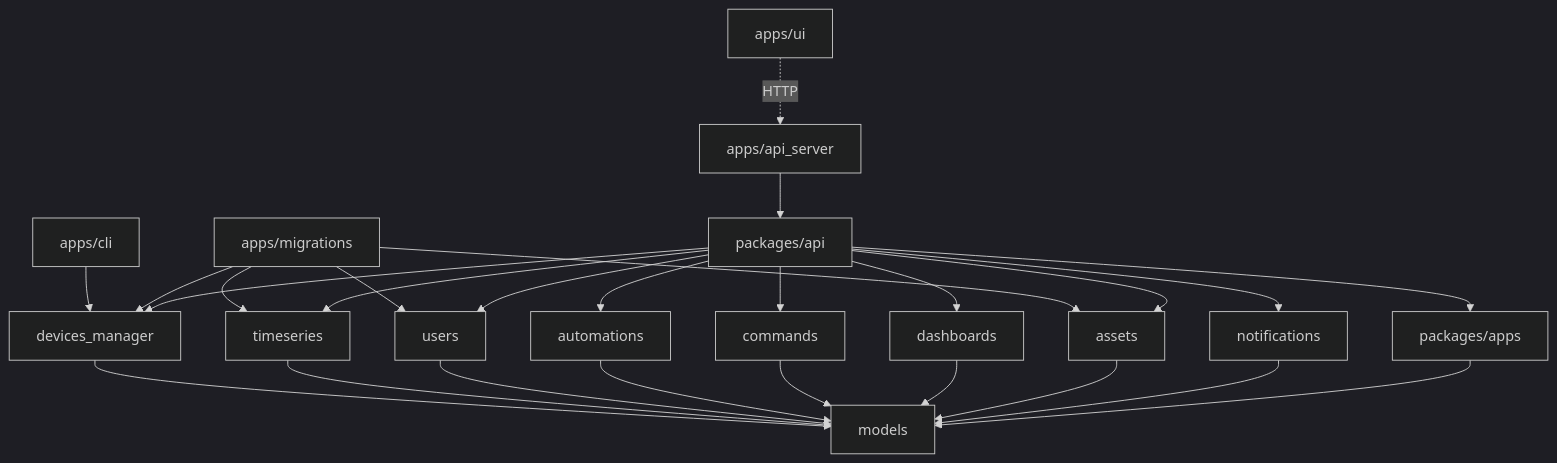
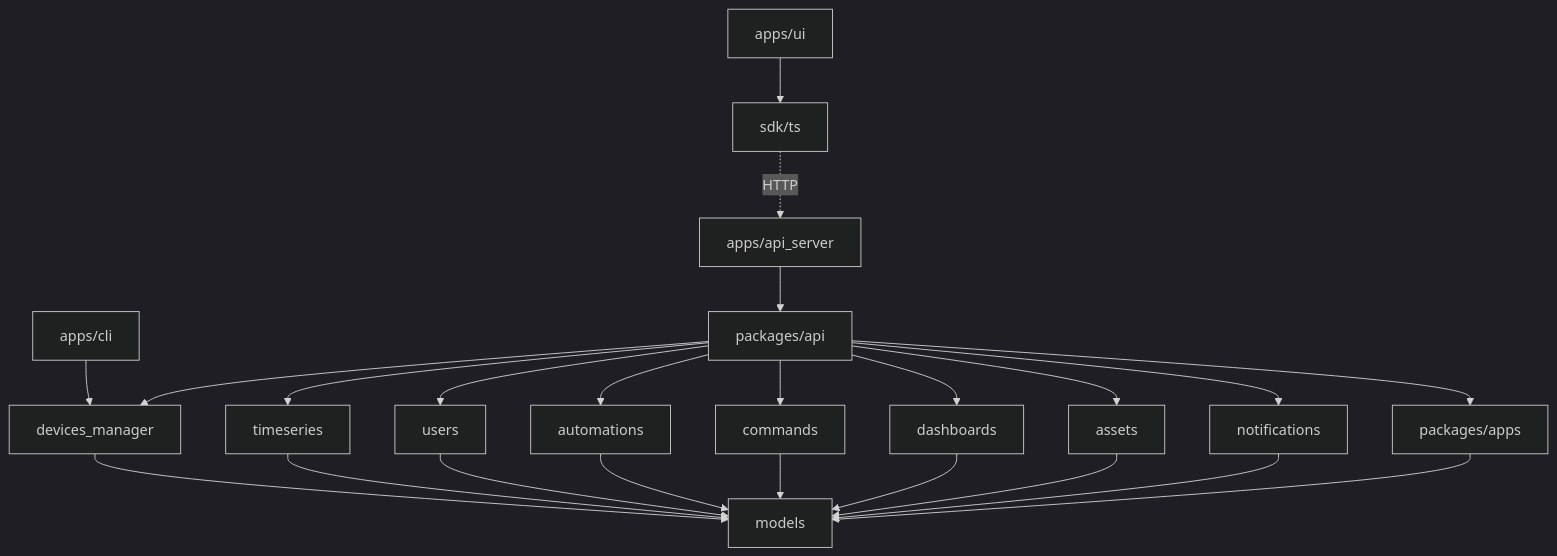
One commit to Agrid-Dev/gridone changed the diagram in CONTRIBUTING.md. Above: the diagram before and after it, drawn with Mermaid (dark theme). The commit also changed other lines of this file and 1 other file, not shown here.

````diff
--- a/CONTRIBUTING.md
+++ b/CONTRIBUTING.md
@@ -82,30 +100,27 @@
 ```mermaid
 graph TD
     api_server["apps/api_server"] --> api["packages/api"]
-    ui["apps/ui"] -. HTTP .-> api_server
+    ui["apps/ui"] --> sdk["sdk/ts"]
+    sdk -. HTTP .-> api_server
     cli["apps/cli"] --> devices_manager["devices_manager"]
-    migrations["apps/migrations"] --> devices_manager
-    migrations --> timeseries["timeseries"]
-    migrations --> users["users"]
-    migrations --> assets["assets"]
 
     api --> devices_manager
-    api --> timeseries
-    api --> users
+    api --> timeseries["timeseries"]
+    api --> users["users"]
     api --> automations["automations"]
     api --> commands["commands"]
     api --> dashboards["dashboards"]
-    api --> assets
+    api --> assets["assets"]
     api --> notifications["notifications"]
     api --> apps_pkg["packages/apps"]
 
     devices_manager --> models["models"]
     timeseries --> models
     users --> models
     automations --> models
     commands --> models
     dashboards --> models
     assets --> models
     notifications --> models
     apps_pkg --> models
 ```
````
